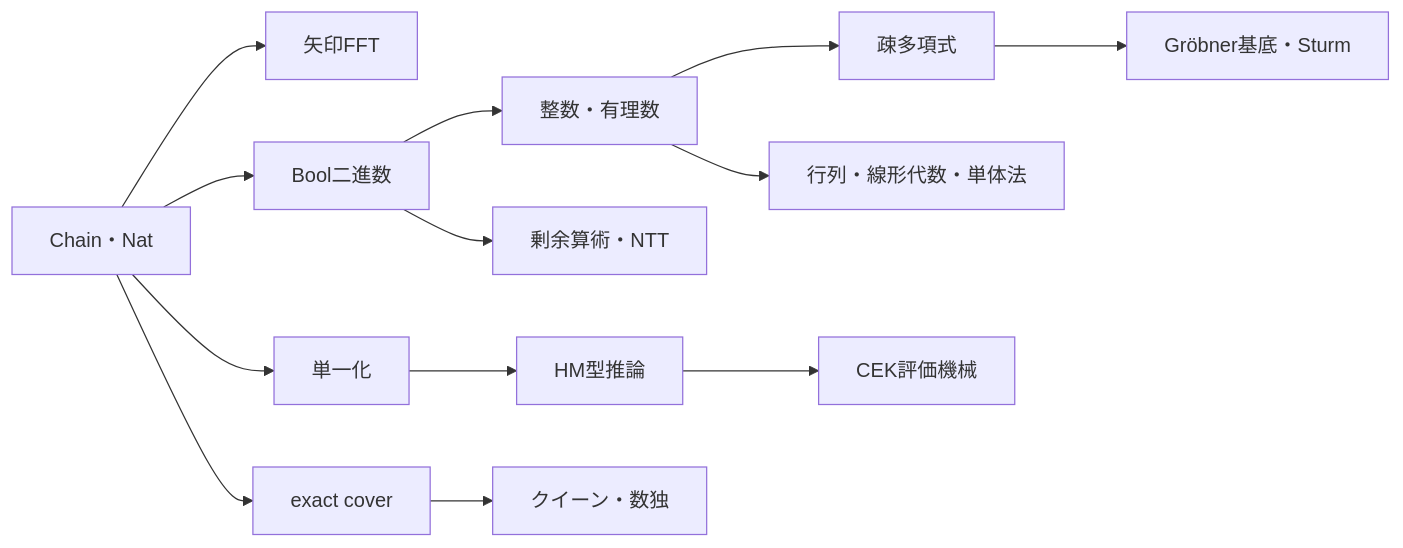
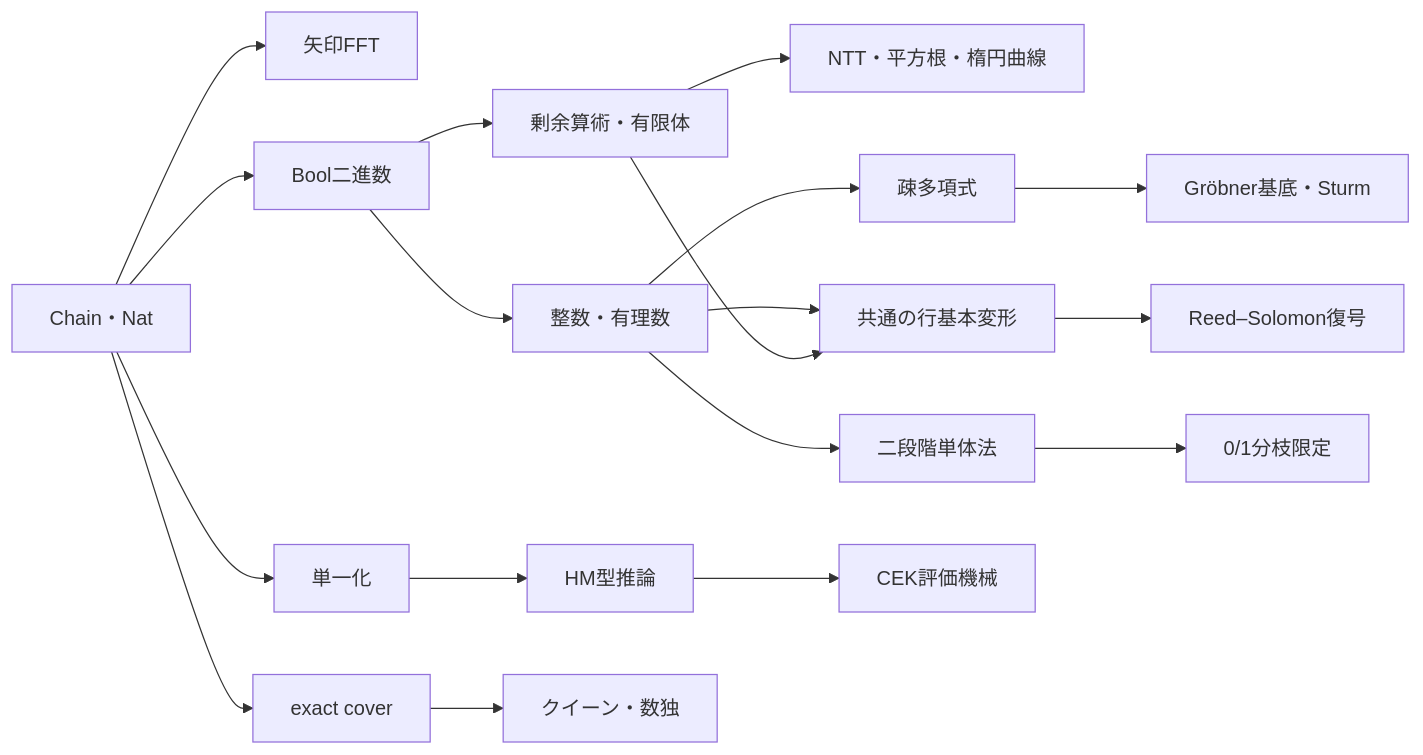
Before and after one commit to Hosi121/morph: the diagram in HANDBOOK.md, drawn with Mermaid. The commit also changed other lines of this file and 10 other files, not shown here.

````diff
--- a/HANDBOOK.md
+++ b/HANDBOOK.md
@@ -13,15 +13,20 @@
 ```mermaid
 flowchart LR
   C[Chain・Nat] --> F[矢印FFT]
   C --> B[Bool二進数]
   B --> R[整数・有理数]
-  B --> M[剰余算術・NTT]
+  B --> M[剰余算術・有限体]
+  M --> N[NTT・平方根・楕円曲線]
   R --> P[疎多項式]
   P --> G[Gröbner基底・Sturm]
-  R --> L[行列・線形代数・単体法]
+  R --> D[共通の行基本変形]
+  M --> D
+  D --> RS[Reed–Solomon復号]
+  R --> L[二段階単体法]
+  L --> Z[0/1分枝限定]
   C --> U[単一化]
   U --> I[HM型推論]
   I --> E[CEK評価機械]
   C --> X[exact cover]
   X --> Q[クイーン・数独]
 ```
````
